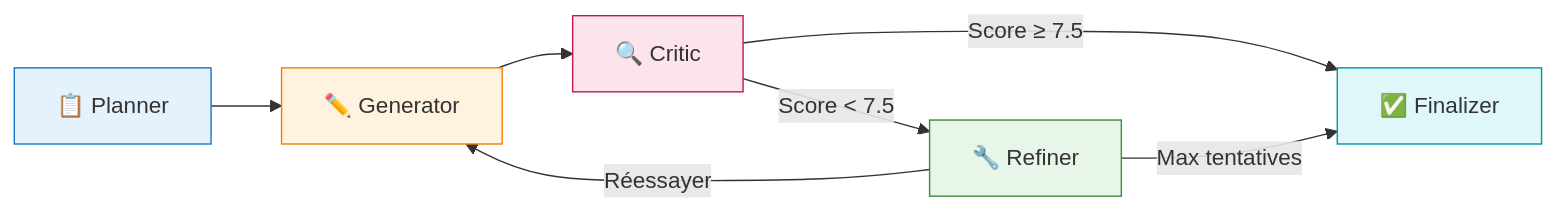
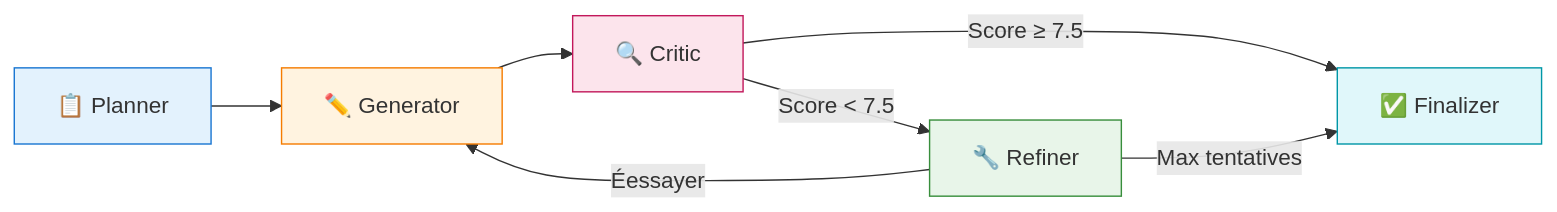
The first of 4 diagrams in src/content/docs/architecture/generation-cartes.mdx (mindlet-app/docs), drawn with Mermaid before and after one commit. The commit also changed other lines of this file and 12 other files, not shown here.

Commit message:
feat: Ajouter le composant MermaidDownload pour intégrer des diagrammes interactifs dans la documentation

````diff
--- a/src/content/docs/architecture/generation-cartes.mdx
+++ b/src/content/docs/architecture/generation-cartes.mdx
@@ -38,15 +40,15 @@
 ```mermaid
 flowchart LR
     A["📋 Planner"] --> B["✏️ Generator"]
     B --> C["🔍 Critic"]
     C -->|"Score < 7.5"| D["🔧 Refiner"]
-    D -->|"Réessayer"| B
+    D -->|"Éessayer"| B
     C -->|"Score ≥ 7.5"| E["✅ Finalizer"]
     D -->|"Max tentatives"| E
     
     style A fill:#e3f2fd,stroke:#1976d2
     style B fill:#fff3e0,stroke:#f57c00
     style C fill:#fce4ec,stroke:#c2185b
     style D fill:#e8f5e9,stroke:#388e3c
     style E fill:#e0f7fa,stroke:#0097a7
 ```
````
